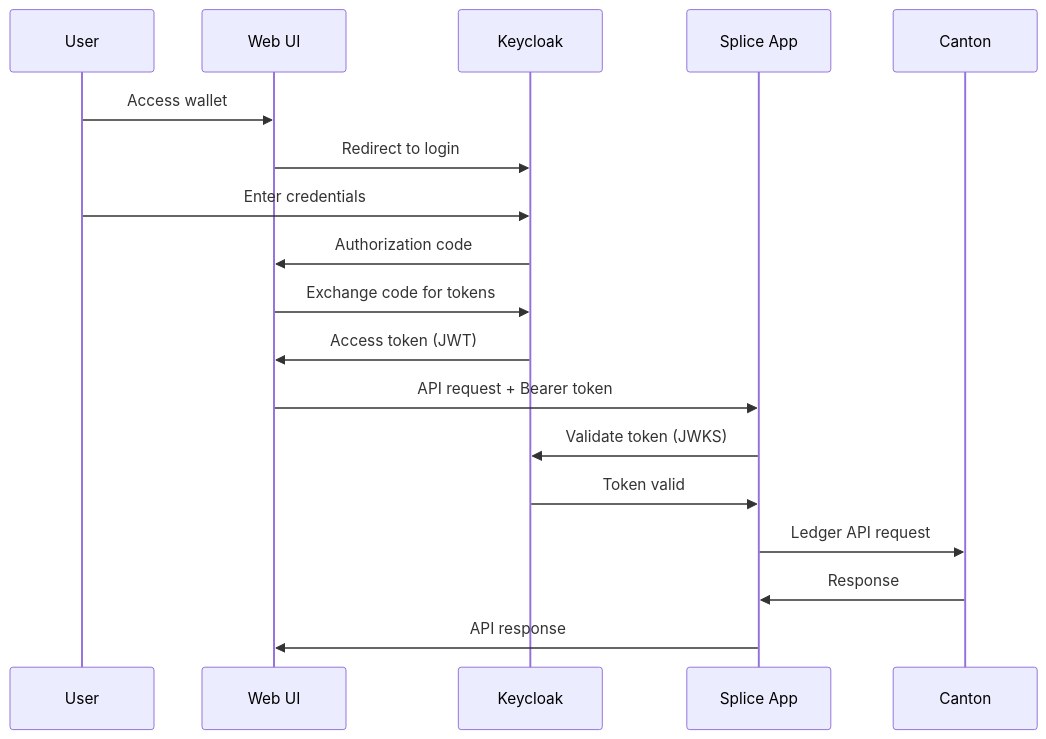
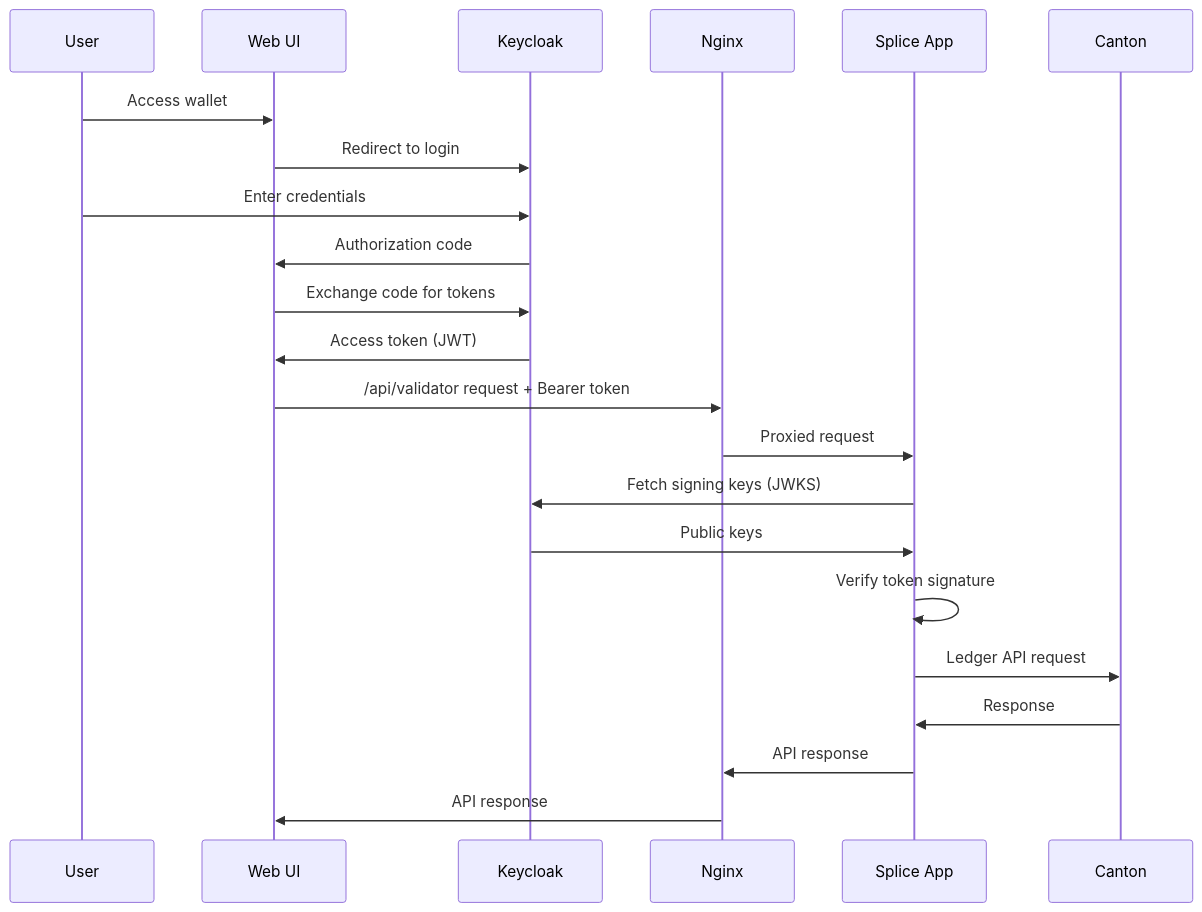
One commit to denex-io/denex-network-manager changed the second of 7 diagrams in site/src/content/docs/how-it-works/architecture.md. Above: the diagram before and after it, drawn with Mermaid. The commit also changed other lines of this file and 34 other files, not shown here.

````diff
--- a/site/src/content/docs/how-it-works/architecture.md
+++ b/site/src/content/docs/how-it-works/architecture.md
@@ -272,21 +287,25 @@
 ```mermaid
 sequenceDiagram
     participant User
     participant WebUI as Web UI
     participant Keycloak
+    participant Nginx
     participant Splice as Splice App
     participant Canton
     
     User->>WebUI: Access wallet
     WebUI->>Keycloak: Redirect to login
     User->>Keycloak: Enter credentials
     Keycloak->>WebUI: Authorization code
     WebUI->>Keycloak: Exchange code for tokens
     Keycloak->>WebUI: Access token (JWT)
-    WebUI->>Splice: API request + Bearer token
-    Splice->>Keycloak: Validate token (JWKS)
-    Keycloak->>Splice: Token valid
+    WebUI->>Nginx: /api/validator request + Bearer token
+    Nginx->>Splice: Proxied request
+    Splice->>Keycloak: Fetch signing keys (JWKS)
+    Keycloak->>Splice: Public keys
+    Splice->>Splice: Verify token signature
     Splice->>Canton: Ledger API request
     Canton->>Splice: Response
-    Splice->>WebUI: API response
+    Splice->>Nginx: API response
+    Nginx->>WebUI: API response
 ```
````
